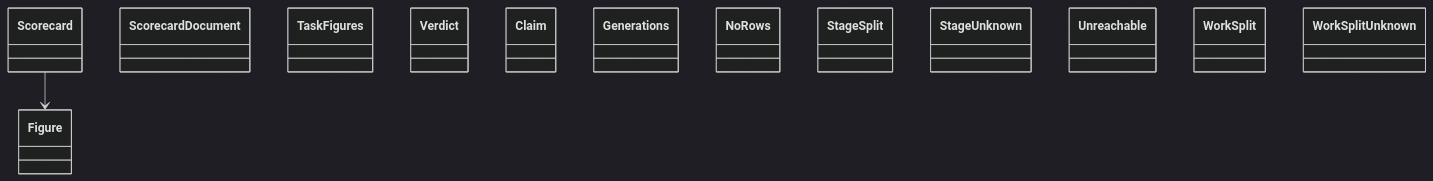
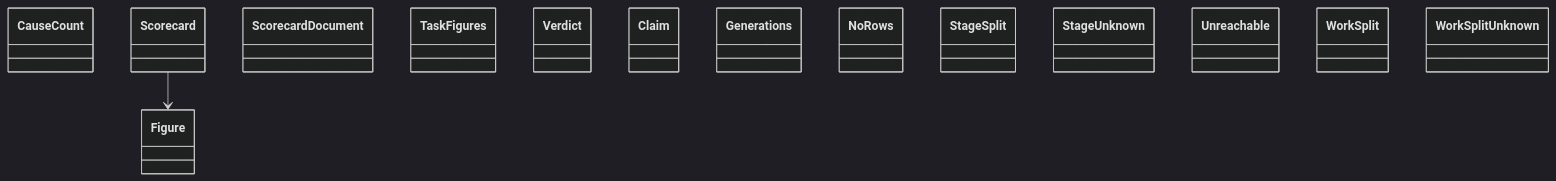
The diagram in docs/architecture/generated/classes-measurement-domain-scorecard-2.md (GonzaloZevallos/agentic-system), drawn with Mermaid (dark theme) before and after one commit. The commit also changed 12 other files, not shown here.

First line of the commit message:
Cluster metrics in the measurement docs and regenerate the class diagrams

````diff
--- a/docs/architecture/generated/classes-measurement-domain-scorecard-2.md
+++ b/docs/architecture/generated/classes-measurement-domain-scorecard-2.md
@@ -10,17 +10,18 @@
 ```mermaid
 classDiagram
+    class scorecard__CauseCount["CauseCount"]
     class scorecard__Figure["Figure"]
     class scorecard__Scorecard["Scorecard"]
     class scorecard__ScorecardDocument["ScorecardDocument"]
     class scorecard__TaskFigures["TaskFigures"]
     class scorecard__Verdict["Verdict"]
     class stages__Claim["Claim"]
     class stages__Generations["Generations"]
     class stages__NoRows["NoRows"]
     class stages__StageSplit["StageSplit"]
     class stages__StageUnknown["StageUnknown"]
     class stages__Unreachable["Unreachable"]
     class stages__WorkSplit["WorkSplit"]
     class stages__WorkSplitUnknown["WorkSplitUnknown"]
     scorecard__Scorecard --> scorecard__Figure
 ```
````
